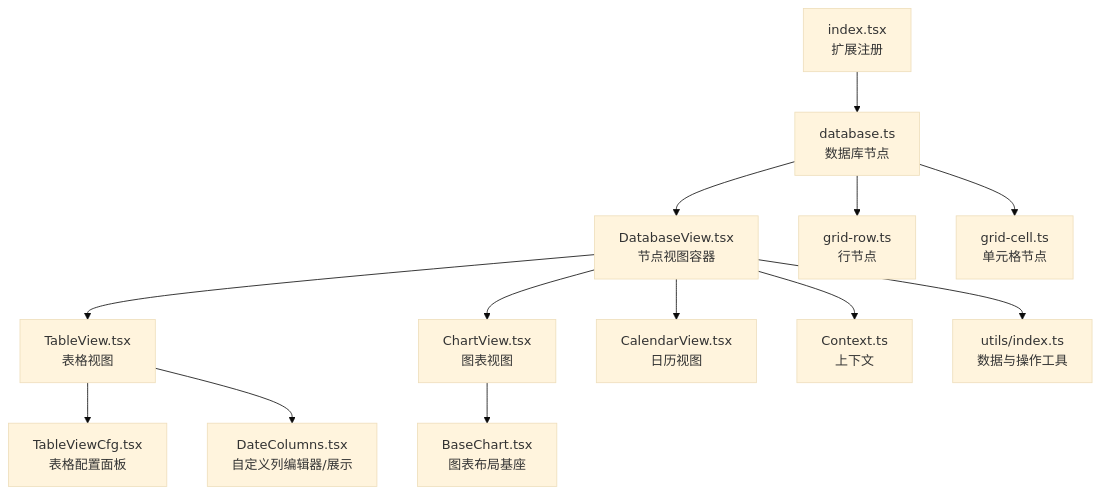
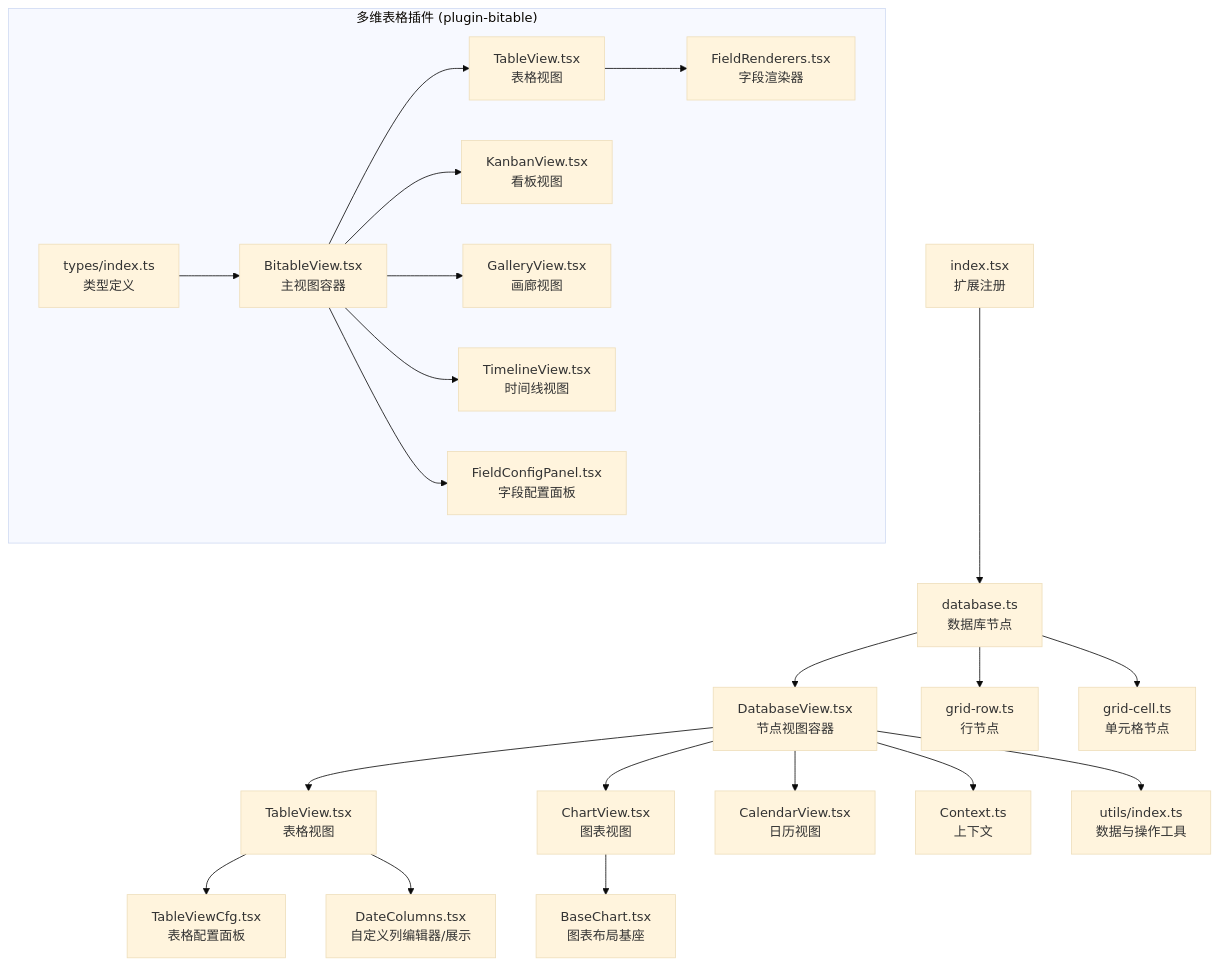
Before and after one commit to LRF0422/Kotion: the first of 11 diagrams in .qoder/repowiki/zh/content/功能模块/数据库插件/数据库插件.md, drawn with Mermaid (base theme). The commit also changed other lines of this file and 45 other files, not shown here.

````diff
--- a/.qoder/repowiki/zh/content/功能模块/数据库插件/数据库插件.md
+++ b/.qoder/repowiki/zh/content/功能模块/数据库插件/数据库插件.md
@@ -45,15 +60,24 @@
 ```mermaid
 graph TB
 A["index.tsx<br/>扩展注册"] --> B["database.ts<br/>数据库节点"]
 B --> C["DatabaseView.tsx<br/>节点视图容器"]
 C --> D["TableView.tsx<br/>表格视图"]
 C --> E["ChartView.tsx<br/>图表视图"]
 C --> F["CalendarView.tsx<br/>日历视图"]
 D --> G["TableViewCfg.tsx<br/>表格配置面板"]
 D --> H["DateColumns.tsx<br/>自定义列编辑器/展示"]
 E --> I["BaseChart.tsx<br/>图表布局基座"]
 B --> J["grid-row.ts<br/>行节点"]
 B --> K["grid-cell.ts<br/>单元格节点"]
 C --> L["Context.ts<br/>上下文"]
 C --> M["utils/index.ts<br/>数据与操作工具"]
+subgraph "多维表格插件 (plugin-bitable)"
+N["BitableView.tsx<br/>主视图容器"] --> O["TableView.tsx<br/>表格视图"]
+N --> P["KanbanView.tsx<br/>看板视图"]
+N --> Q["GalleryView.tsx<br/>画廊视图"]
+N --> R["TimelineView.tsx<br/>时间线视图"]
+O --> S["FieldRenderers.tsx<br/>字段渲染器"]
+N --> T["FieldConfigPanel.tsx<br/>字段配置面板"]
+U["types/index.ts<br/>类型定义"] --> N
+end
 ```
````
